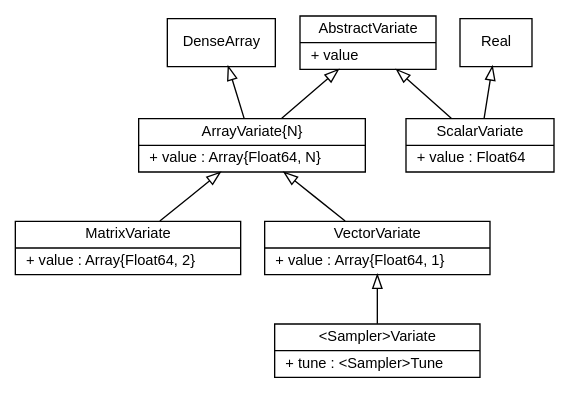
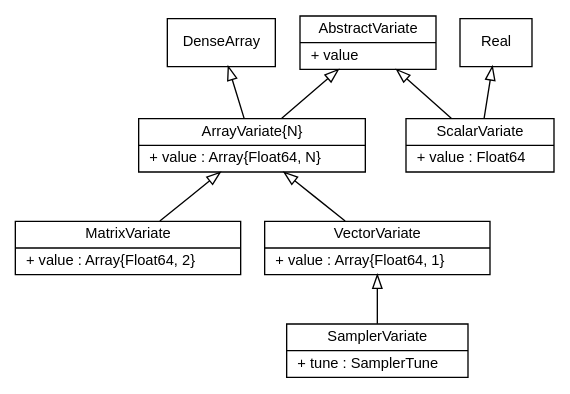
One commit to brian-j-smith/Mamba.jl changed the diagram in doc/images/variateUML.dot. Above: the diagram before and after it, drawn with Graphviz. The commit also changed 25 other files, not shown here.

Commit message:
Implement abstract SamplerTune and SamplerVariate types.

```diff
--- a/doc/images/variateUML.dot
+++ b/doc/images/variateUML.dot
@@ -1,33 +1,33 @@
 digraph Variate {
     fontname = "Helvetica"
     fontsize = 11
 
     node [fontname = "Helvetica", fontsize = 11, shape = record]
 
     edge [fontname = "Helvetica", fontsize = 11, dir = back, arrowtail = empty]
 
     AbstractVariate [label = "{AbstractVariate|+ value\l}"]
 
     ArrayVariate [label = "{ArrayVariate\{N\}|+ value : Array\{Float64, N\}\l}"]
 
     DenseArray [label = "{DenseArray}"]
 
     MatrixVariate [label = "{MatrixVariate|+ value : Array\{Float64, 2\}\l}"]
 
     Real [label = "{Real}"]
 
-    SamplerVariate [label = "{\<Sampler\>Variate|+ tune : \<Sampler\>Tune\l}"]
+    SamplerVariate [label = "{SamplerVariate|+ tune : SamplerTune\l}"]
 
     ScalarVariate [label = "{ScalarVariate|+ value : Float64\l}"]
 
     VectorVariate [label = "{VectorVariate|+ value : Array\{Float64, 1\}\l}"]
 
     AbstractVariate -> ArrayVariate
     AbstractVariate -> ScalarVariate
     ArrayVariate -> MatrixVariate
     ArrayVariate -> VectorVariate
     DenseArray -> ArrayVariate
     Real -> ScalarVariate
     VectorVariate -> SamplerVariate
 
 }
```
